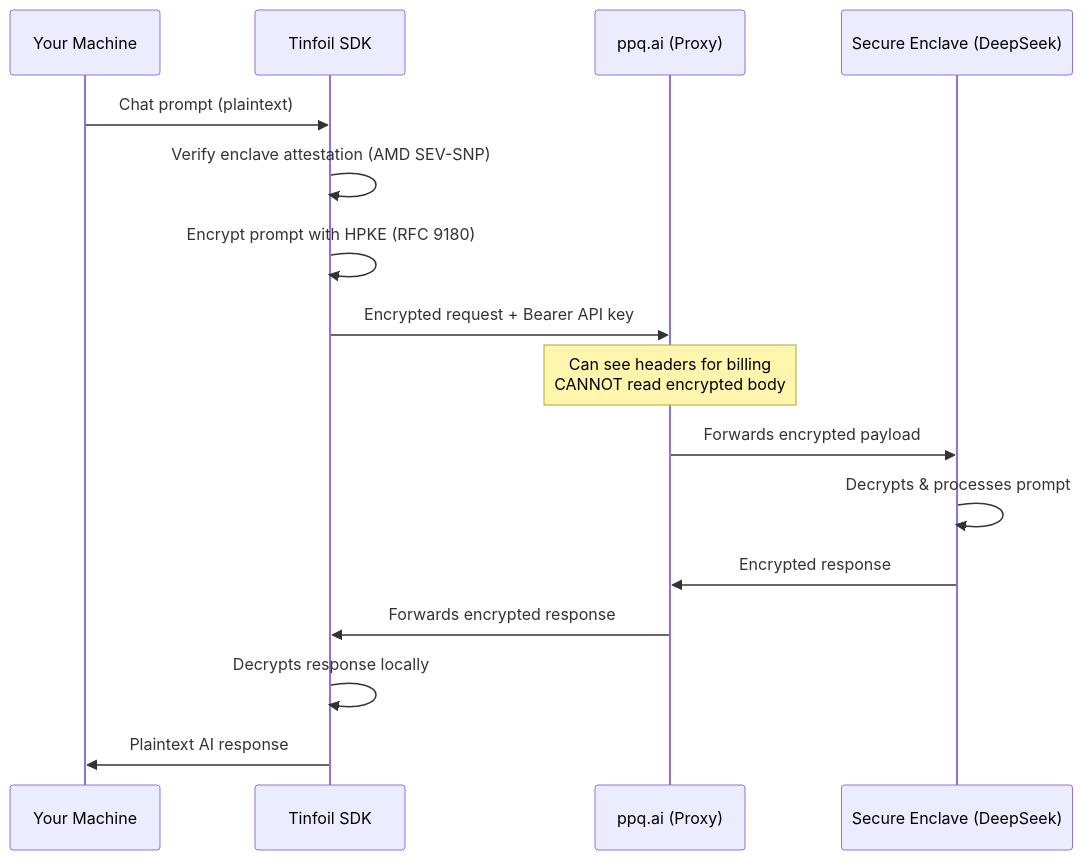
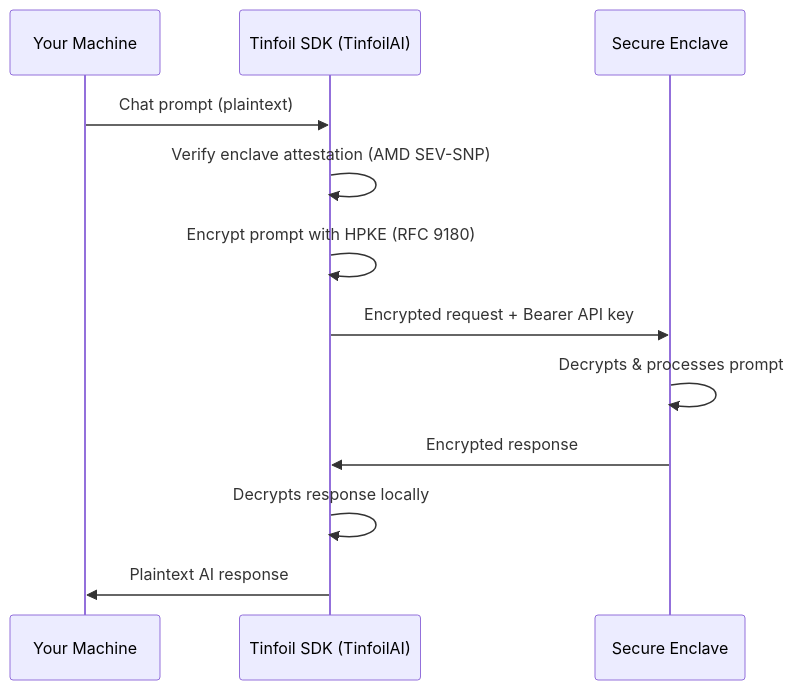
Before and after one commit to marvelinuxmm/private-tinfoil-api-client: the diagram in README.md, drawn with Mermaid. The commit also changed other lines of this file and 3 other files, not shown here.

First line of the commit message:
Migrate from ppq.ai proxy to direct Tinfoil API

````diff
--- a/README.md
+++ b/README.md
@@ -20,19 +20,15 @@
 ```mermaid
 sequenceDiagram
     participant You as Your Machine
-    participant SDK as Tinfoil SDK
-    participant PPQ as ppq.ai (Proxy)
-    participant Enclave as Secure Enclave (DeepSeek)
+    participant SDK as Tinfoil SDK (TinfoilAI)
+    participant Enclave as Secure Enclave
 
     You->>SDK: Chat prompt (plaintext)
     SDK->>SDK: Verify enclave attestation (AMD SEV-SNP)
     SDK->>SDK: Encrypt prompt with HPKE (RFC 9180)
-    SDK->>PPQ: Encrypted request + Bearer API key
-    Note over PPQ: Can see headers for billing<br/>CANNOT read encrypted body
-    PPQ->>Enclave: Forwards encrypted payload
+    SDK->>Enclave: Encrypted request + Bearer API key
     Enclave->>Enclave: Decrypts & processes prompt
-    Enclave->>PPQ: Encrypted response
-    PPQ->>SDK: Forwards encrypted response
+    Enclave->>SDK: Encrypted response
     SDK->>SDK: Decrypts response locally
     SDK->>You: Plaintext AI response
 ```
````
